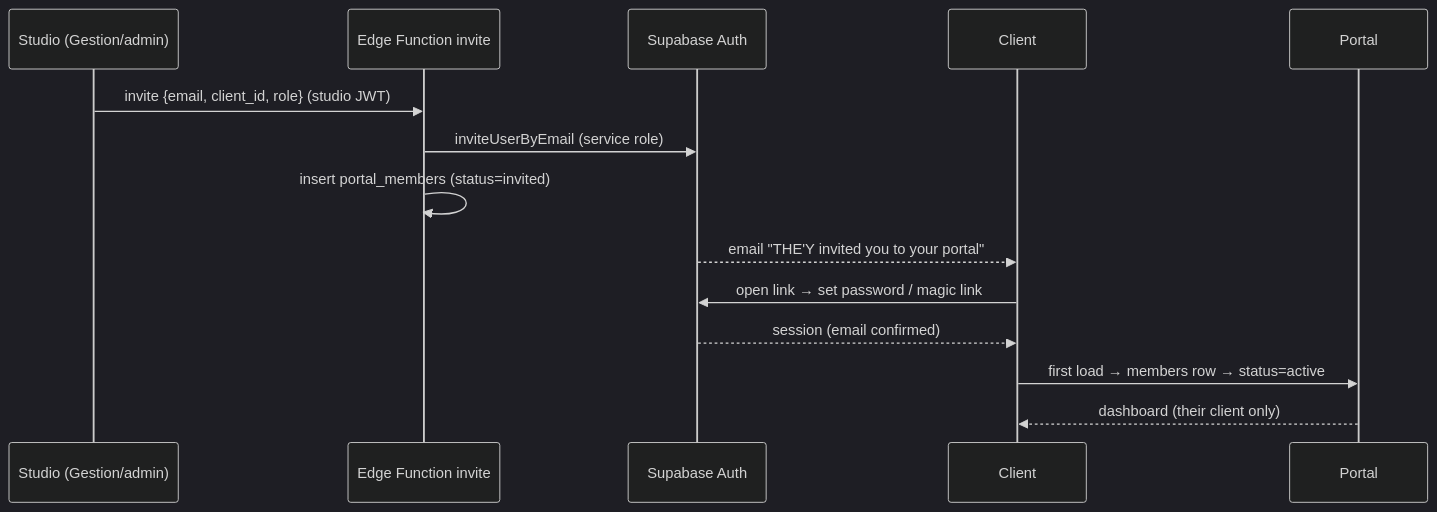
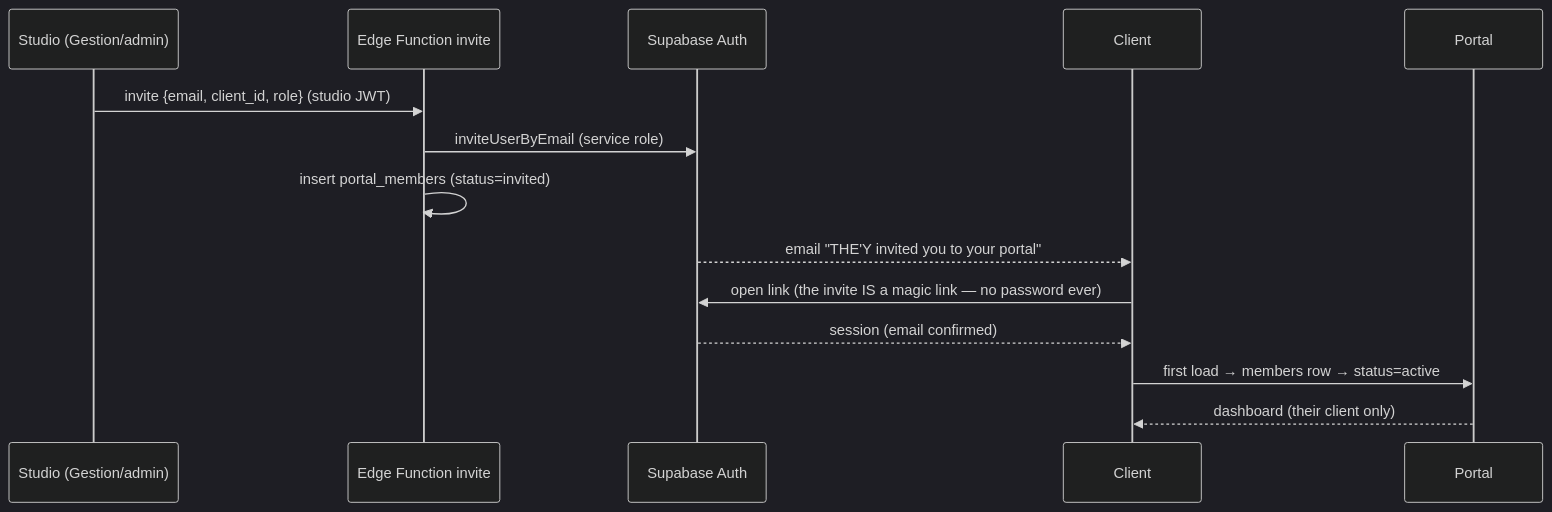
Before and after one commit to theystudiodesign/theystudiodesign.github.io: the first of 3 diagrams in docs/portal/USER_FLOWS.md, drawn with Mermaid (dark theme). The commit also changed other lines of this file and 6 other files, not shown here.

````diff
--- a/docs/portal/USER_FLOWS.md
+++ b/docs/portal/USER_FLOWS.md
@@ -5,15 +5,15 @@
 ```mermaid
 sequenceDiagram
     participant S as Studio (Gestion/admin)
     participant EF as Edge Function invite
     participant SB as Supabase Auth
     participant C as Client
     S->>EF: invite {email, client_id, role} (studio JWT)
     EF->>SB: inviteUserByEmail (service role)
     EF->>EF: insert portal_members (status=invited)
     SB-->>C: email "THE'Y invited you to your portal"
-    C->>SB: open link → set password / magic link
+    C->>SB: open link (the invite IS a magic link — no password ever)
     SB-->>C: session (email confirmed)
     C->>Portal: first load → members row → status=active
     Portal-->>C: dashboard (their client only)
 ```
````
